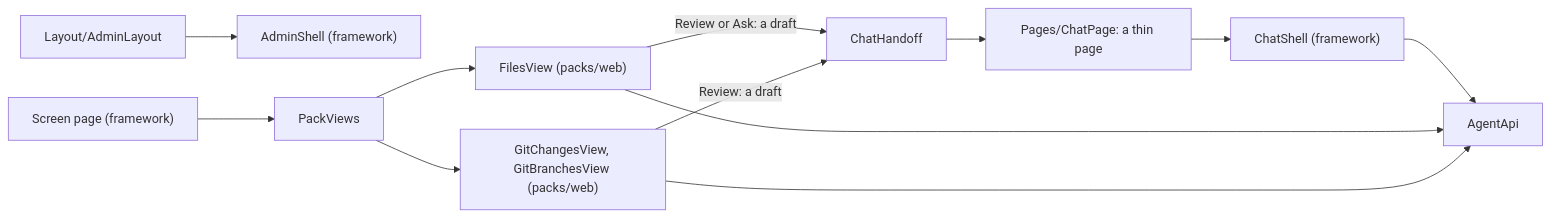
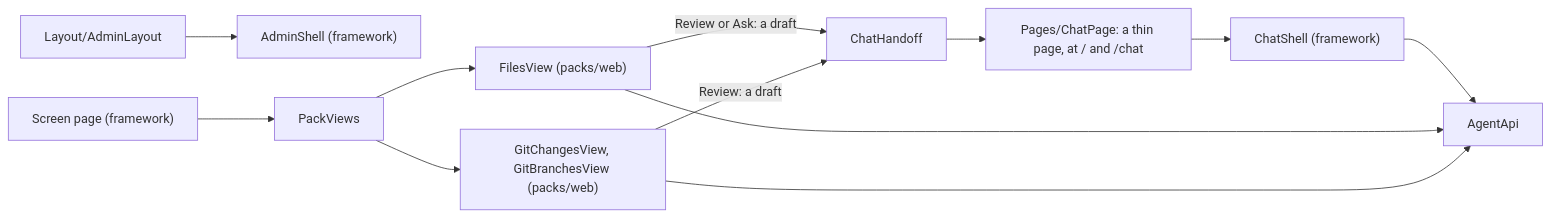
One commit to bosbevk/louis-agent changed the first of 2 diagrams in demos/louis-agent/docs/projects/louis-agent.code-review.md. Above: the diagram before and after it, drawn with Mermaid. The commit also changed other lines of this file and 25 other files, not shown here.

````diff
--- a/demos/louis-agent/docs/projects/louis-agent.code-review.md
+++ b/demos/louis-agent/docs/projects/louis-agent.code-review.md
@@ -15,14 +18,14 @@
 ```mermaid
 flowchart LR
-    Page["Pages/ChatPage: a thin page"] --> Shell["ChatShell (framework)"]
+    Page["Pages/ChatPage: a thin page, at / and /chat"] --> Shell["ChatShell (framework)"]
     Admin["Layout/AdminLayout"] --> AdminShell["AdminShell (framework)"]
     Screen["Screen page (framework)"] --> Views["PackViews"]
     Views --> Files["FilesView (packs/web)"]
     Views --> Git["GitChangesView, GitBranchesView (packs/web)"]
     Files -->|Review or Ask: a draft| Handoff["ChatHandoff"]
     Git -->|Review: a draft| Handoff
     Handoff --> Page
     Shell --> Api["AgentApi"]
     Files --> Api
     Git --> Api
 ```
````
